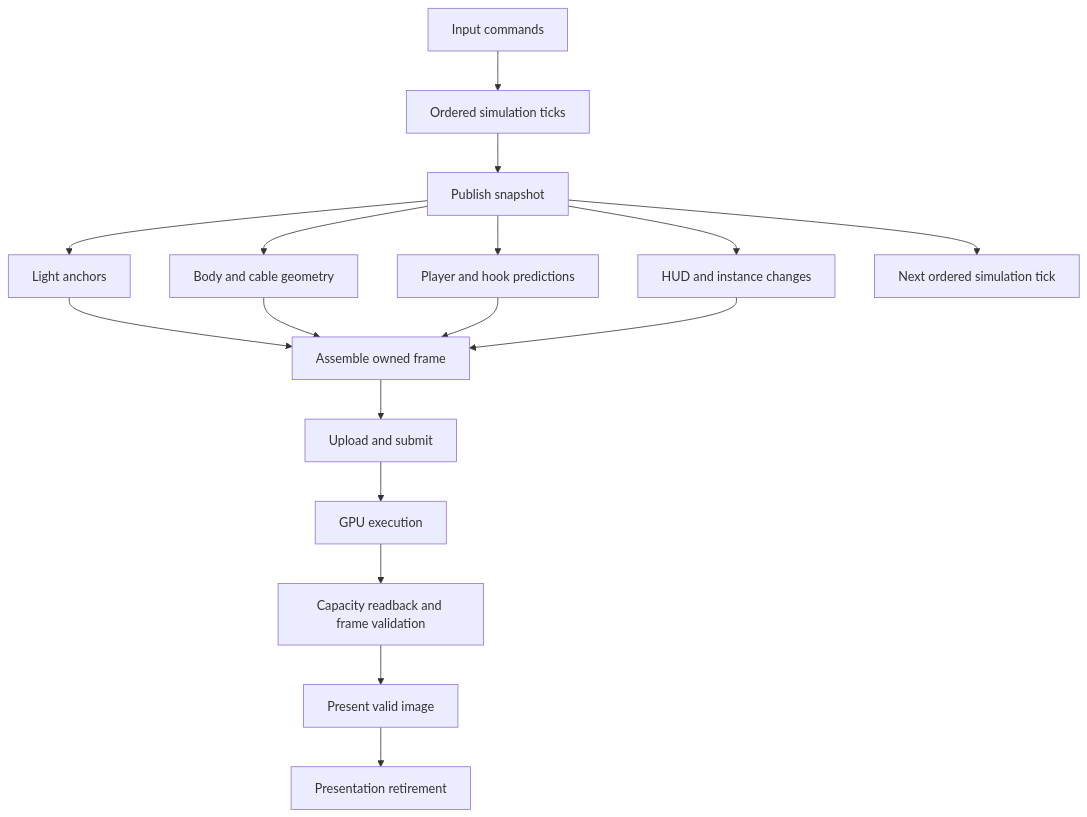
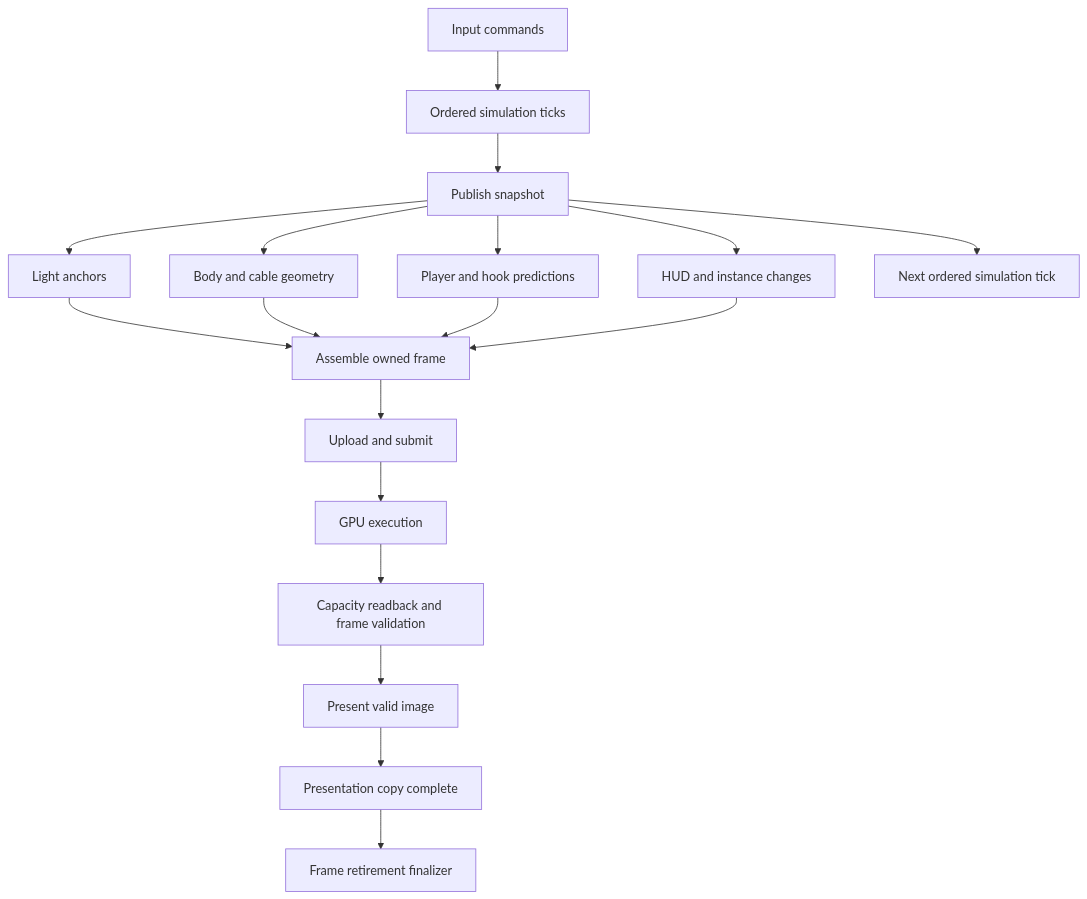
One commit to Hardcode84/10 changed the diagram in docs/runtime/task-graph.md. Above: the diagram before and after it, drawn with Mermaid. The commit also changed other lines of this file, not shown here.

Commit message:
Refine task graph lifetime and scheduling contracts

````diff
--- a/docs/runtime/task-graph.md
+++ b/docs/runtime/task-graph.md
@@ -186,19 +257,20 @@
 ```mermaid
 flowchart TD
     I[Input commands] --> S[Ordered simulation ticks]
     S --> N[Publish snapshot]
     N --> L[Light anchors]
     N --> B[Body and cable geometry]
     N --> P[Player and hook predictions]
     N --> H[HUD and instance changes]
     L --> A[Assemble owned frame]
     B --> A
     P --> A
     H --> A
     A --> U[Upload and submit]
     U --> G[GPU execution]
     G --> V[Capacity readback and frame validation]
     V --> D[Present valid image]
-    D --> R[Presentation retirement]
+    D --> C[Presentation copy complete]
+    C --> R[Frame retirement finalizer]
     N --> T[Next ordered simulation tick]
 ```
````
